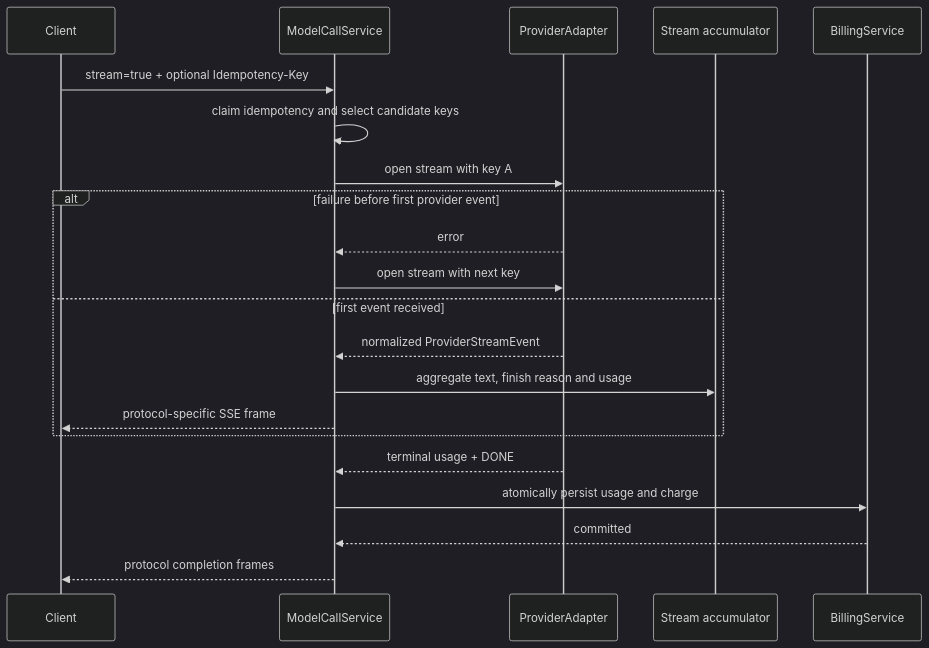
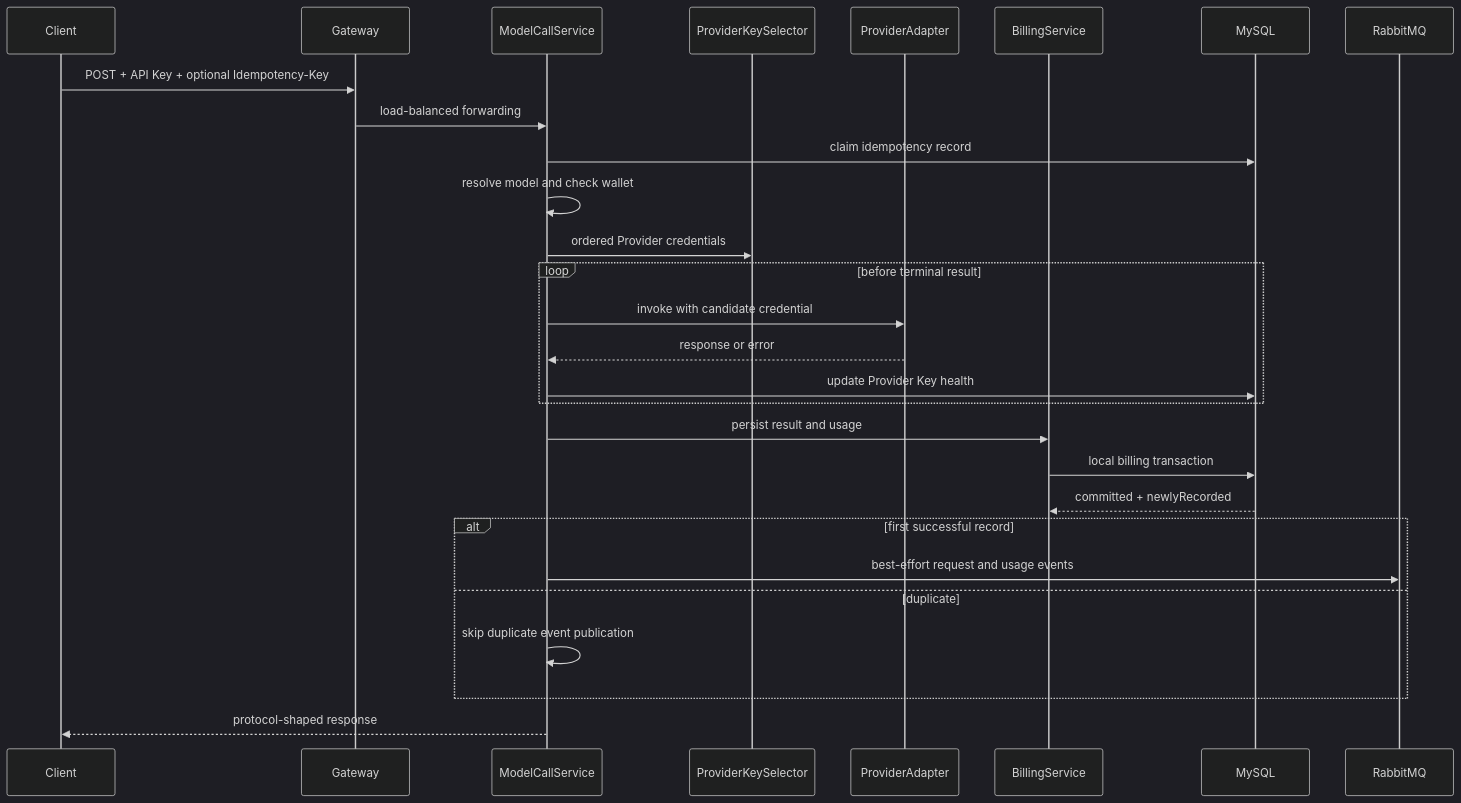
The third of 4 diagrams in ARCHITECTURE.md (hdw123456/erent), drawn with Mermaid (dark theme) before and after one commit. The commit also changed other lines of this file and 204 other files, not shown here.

````diff
--- a/ARCHITECTURE.md
+++ b/ARCHITECTURE.md
@@ -161,24 +217,31 @@
 ```mermaid
 sequenceDiagram
     participant C as Client
+    participant G as Gateway
     participant S as ModelCallService
+    participant K as ProviderKeySelector
     participant P as ProviderAdapter
-    participant A as Stream accumulator
     participant B as BillingService
+    participant DB as MySQL
+    participant R as RabbitMQ
 
-    C->>S: stream=true + optional Idempotency-Key
-    S->>S: claim idempotency and select candidate keys
-    S->>P: open stream with key A
-    alt failure before first provider event
-        P-->>S: error
-        S->>P: open stream with next key
-    else first event received
-        P-->>S: normalized ProviderStreamEvent
-        S->>A: aggregate text, finish reason and usage
-        S-->>C: protocol-specific SSE frame
+    C->>G: POST + API Key + optional Idempotency-Key
+    G->>S: load-balanced forwarding
+    S->>DB: claim idempotency record
+    S->>S: resolve model and check wallet
+    S->>K: ordered Provider credentials
+    loop before terminal result
+        S->>P: invoke with candidate credential
+        P-->>S: response or error
+        S->>DB: update Provider Key health
     end
-    P-->>S: terminal usage + DONE
-    S->>B: atomically persist usage and charge
-    B-->>S: committed
-    S-->>C: protocol completion frames
+    S->>B: persist result and usage
+    B->>DB: local billing transaction
+    DB-->>B: committed + newlyRecorded
+    alt first successful record
+        S->>R: best-effort request and usage events
+    else duplicate
+        S->>S: skip duplicate event publication
+    end
+    S-->>C: protocol-shaped response
 ```
````
